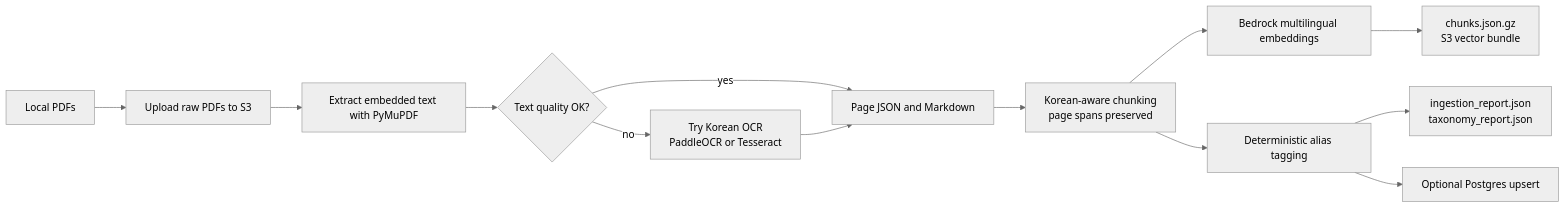
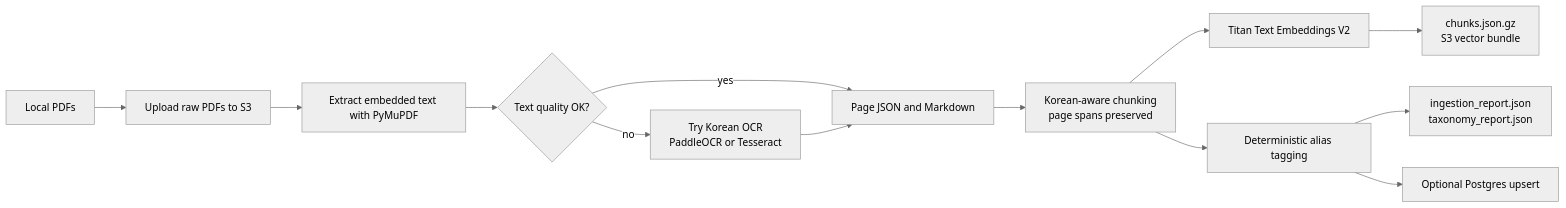
The third of 3 diagrams in docs/architecture.md (manynames3/health1004), drawn with Mermaid (neutral theme) before and after one commit. The commit also changed other lines of this file and 12 other files, not shown here.

````diff
--- a/docs/architecture.md
+++ b/docs/architecture.md
@@ -73,15 +86,15 @@
 ```mermaid
 flowchart LR
     PDFs["Local PDFs"] --> Upload["Upload raw PDFs to S3"]
     Upload --> Extract["Extract embedded text with PyMuPDF"]
     Extract --> OCR{"Text quality OK?"}
     OCR -- no --> OCRFallback["Try Korean OCR\nPaddleOCR or Tesseract"]
     OCR -- yes --> Pages["Page JSON and Markdown"]
     OCRFallback --> Pages
     Pages --> Chunk["Korean-aware chunking\npage spans preserved"]
-    Chunk --> Embed["Bedrock multilingual embeddings"]
+    Chunk --> Embed["Titan Text Embeddings V2"]
     Embed --> Bundle["chunks.json.gz\nS3 vector bundle"]
     Chunk --> Taxonomy["Deterministic alias tagging"]
     Taxonomy --> Report["ingestion_report.json\ntaxonomy_report.json"]
     Taxonomy --> DB["Optional Postgres upsert"]
 ```
````
